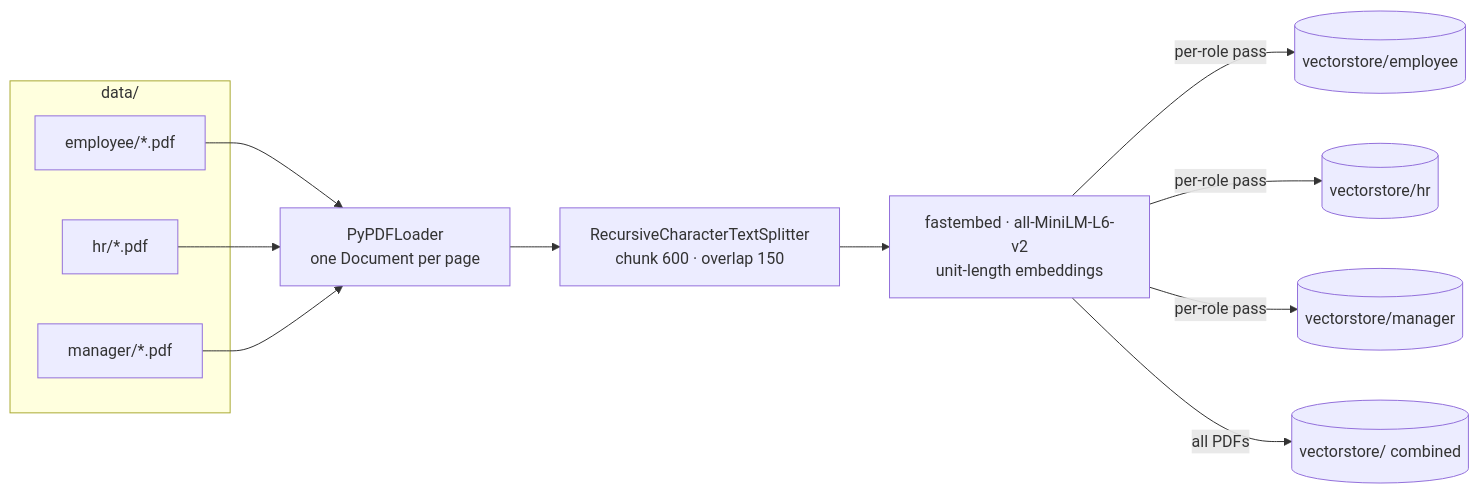
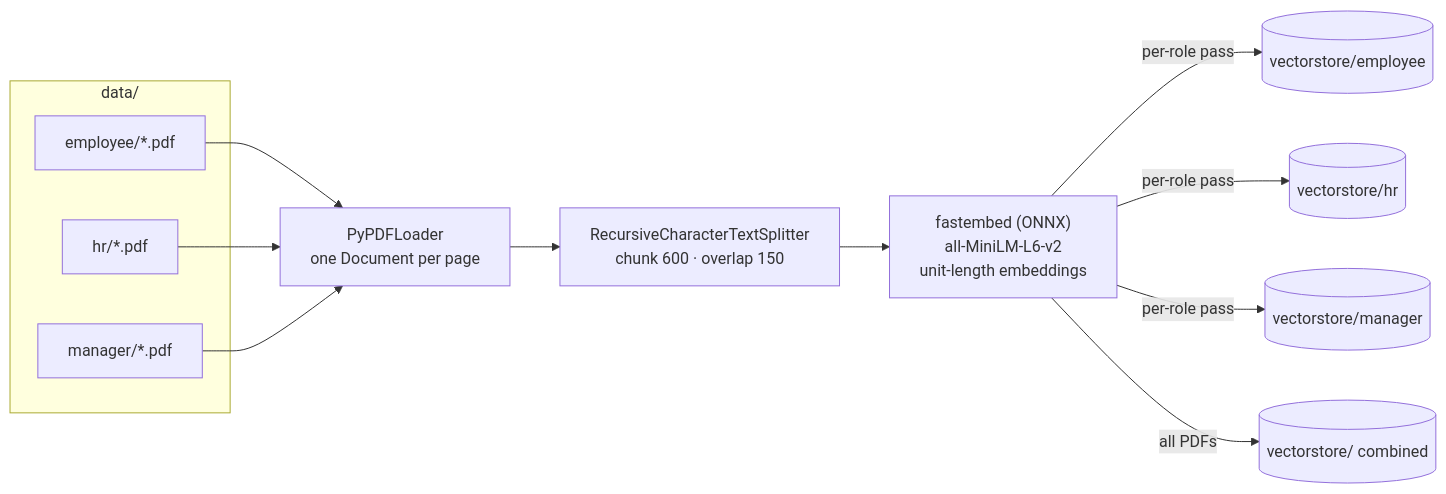
Before and after one commit to GOPIKA-BTECH23/enterprise-rag-assistant: the third of 4 diagrams in README.md, drawn with Mermaid. The commit also changed other lines of this file and 5 other files, not shown here.

````diff
--- a/README.md
+++ b/README.md
@@ -148,18 +150,18 @@
 ```mermaid
 flowchart LR
     subgraph Data["data/"]
         DE["employee/*.pdf"]
         DH["hr/*.pdf"]
         DM["manager/*.pdf"]
     end
 
     LOAD["PyPDFLoader<br/>one Document per page"]
     SPLIT["RecursiveCharacterTextSplitter<br/>chunk 600 · overlap 150"]
-    EMBED["fastembed · all-MiniLM-L6-v2<br/>unit-length embeddings"]
+    EMBED["fastembed (ONNX)<br/>all-MiniLM-L6-v2<br/>unit-length embeddings"]
 
     DE & DH & DM --> LOAD --> SPLIT --> EMBED
     EMBED -->|"per-role pass"| VE[("vectorstore/employee")]
     EMBED -->|"per-role pass"| VH[("vectorstore/hr")]
     EMBED -->|"per-role pass"| VM[("vectorstore/manager")]
     EMBED -->|"all PDFs"| VA[("vectorstore/ combined")]
 ```
````
